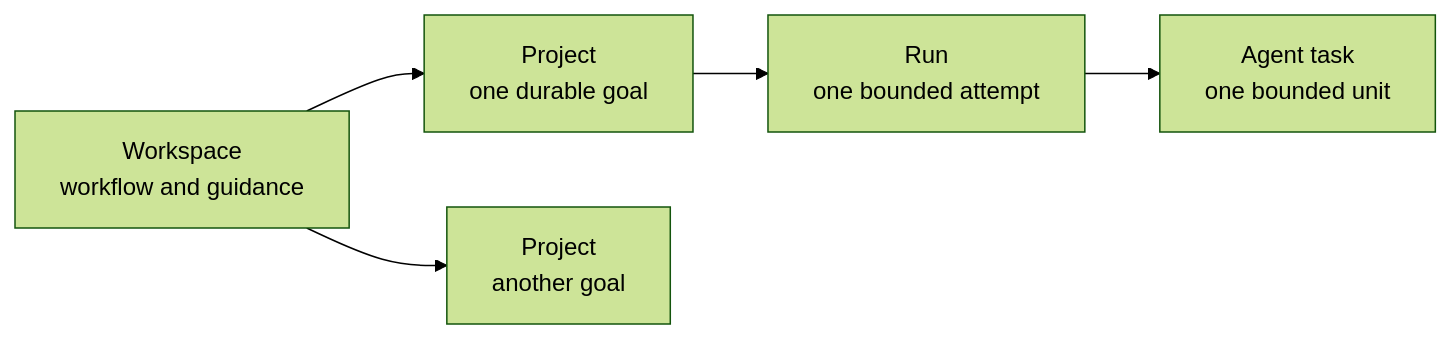
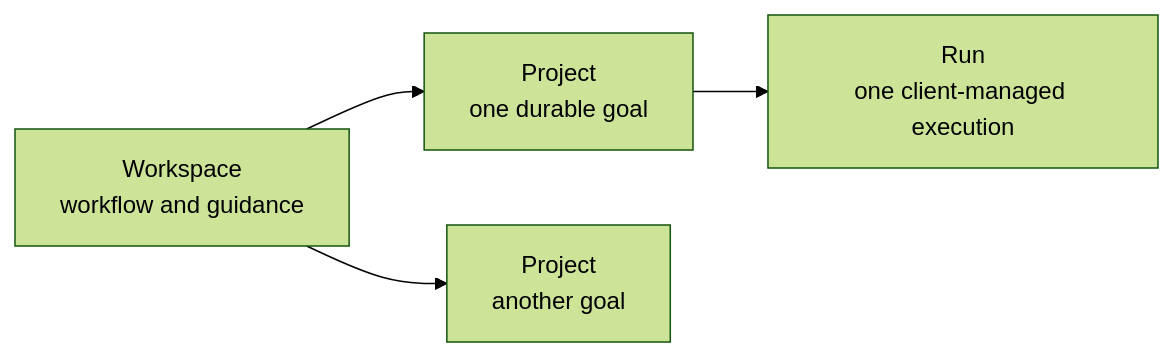
Before and after one commit to dryotta/open-knowledge-hub: the first of 6 diagrams in docs/superpowers/specs/2026-07-17-workspace-module-design.md, drawn with Mermaid (forest theme). The commit also changed other lines of this file, not shown here.

````diff
--- a/docs/superpowers/specs/2026-07-17-workspace-module-design.md
+++ b/docs/superpowers/specs/2026-07-17-workspace-module-design.md
@@ -14,13 +14,11 @@
 ```mermaid
 flowchart LR
     W[Workspace<br/>workflow and guidance]
     P1[Project<br/>one durable goal]
     P2[Project<br/>another goal]
-    R[Run<br/>one bounded attempt]
-    A[Agent task<br/>one bounded unit]
+    R[Run<br/>one client-managed execution]
 
     W --> P1
     W --> P2
     P1 --> R
-    R --> A
 ```
````
